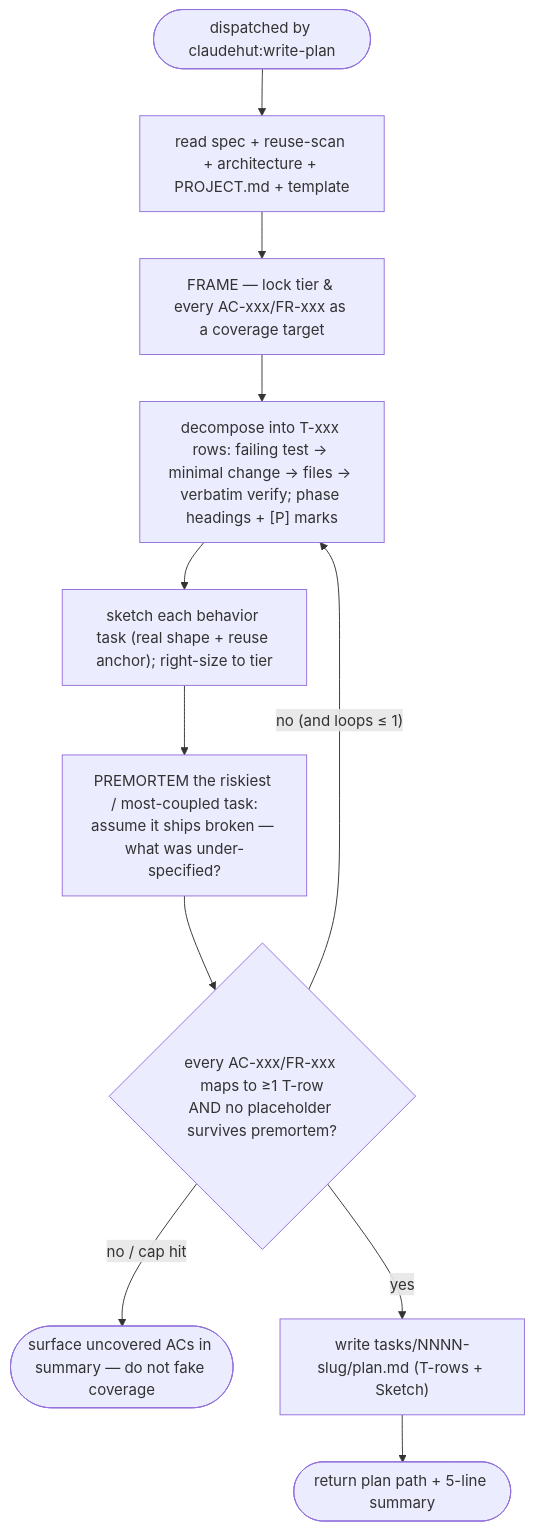
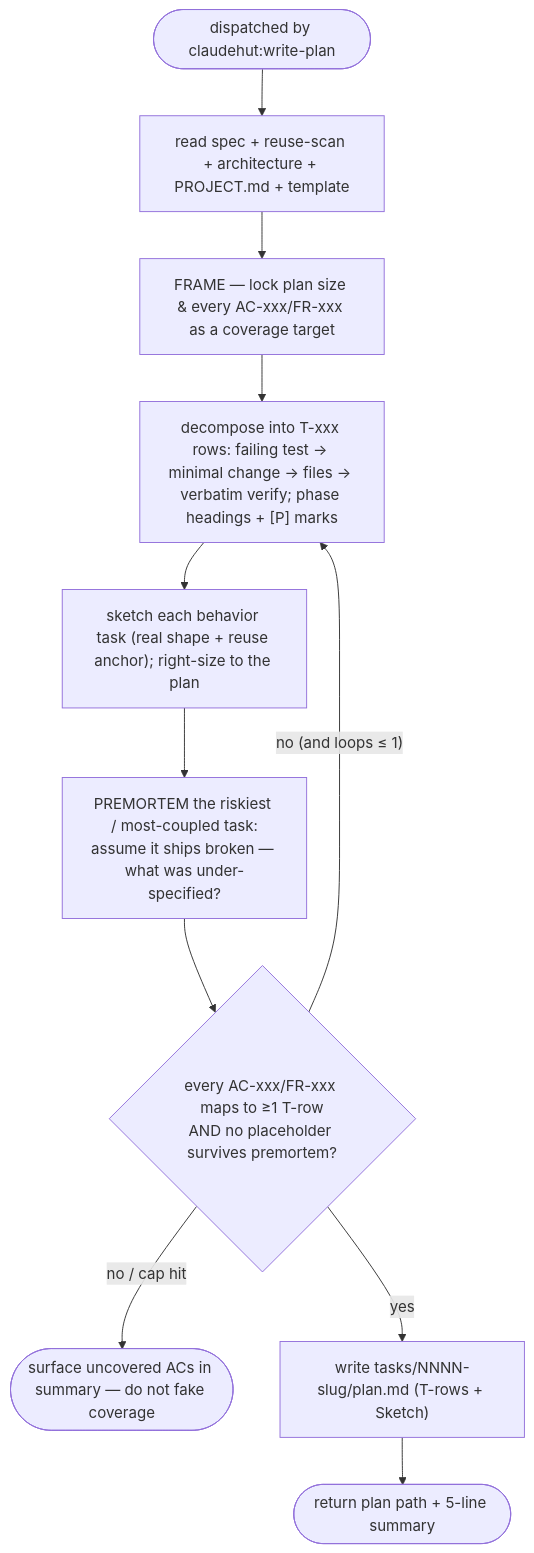
The diagram in agents/claudehut-planner.md (taipt1504/claudehut), drawn with Mermaid before and after one commit. The commit also changed other lines of this file and 51 other files, not shown here.

````diff
--- a/agents/claudehut-planner.md
+++ b/agents/claudehut-planner.md
@@ -17,13 +17,13 @@
 ```mermaid
 flowchart TB
     a(["dispatched by claudehut:write-plan"]) --> read["read spec + reuse-scan + architecture + PROJECT.md + template"]
-    read --> lock["FRAME — lock tier & every AC-xxx/FR-xxx as a coverage target"]
+    read --> lock["FRAME — lock plan size & every AC-xxx/FR-xxx as a coverage target"]
     lock --> decomp["decompose into T-xxx rows: failing test → minimal change → files → verbatim verify; phase headings + [P] marks"]
-    decomp --> sketch["sketch each behavior task (real shape + reuse anchor); right-size to tier"]
+    decomp --> sketch["sketch each behavior task (real shape + reuse anchor); right-size to the plan"]
     sketch --> pre["PREMORTEM the riskiest / most-coupled task:<br/>assume it ships broken — what was under-specified?"]
     pre --> cov{"every AC-xxx/FR-xxx maps to ≥1 T-row<br/>AND no placeholder survives premortem?"}
     cov -- "no (and loops ≤ 1)" --> decomp
     cov -- "no / cap hit" --> esc(["surface uncovered ACs in summary — do not fake coverage"])
     cov -- "yes" --> write["write tasks/NNNN-slug/plan.md (T-rows + Sketch)"]
     write --> out(["return plan path + 5-line summary"])
 ```
````
